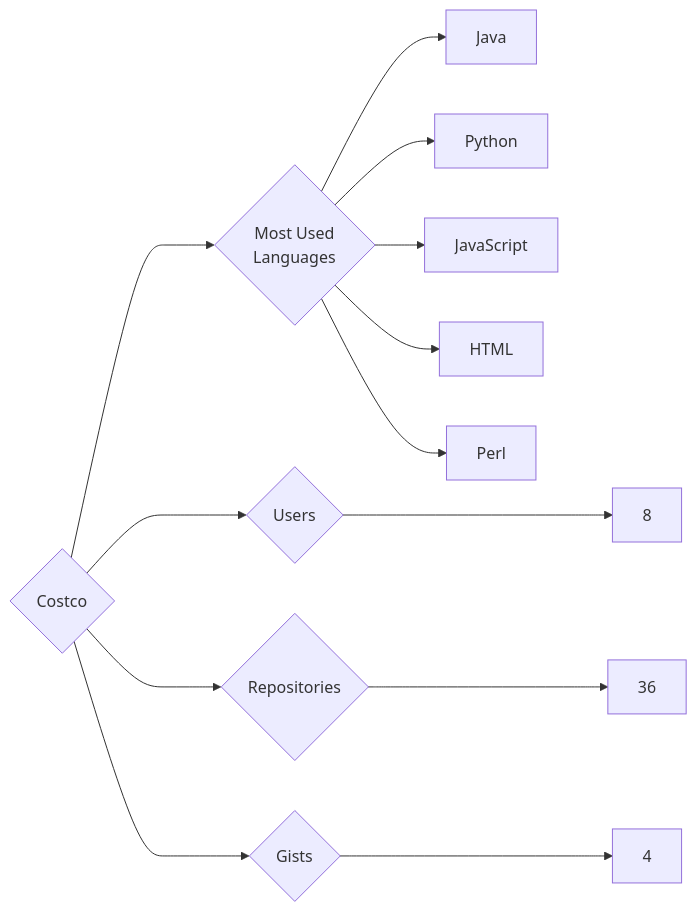
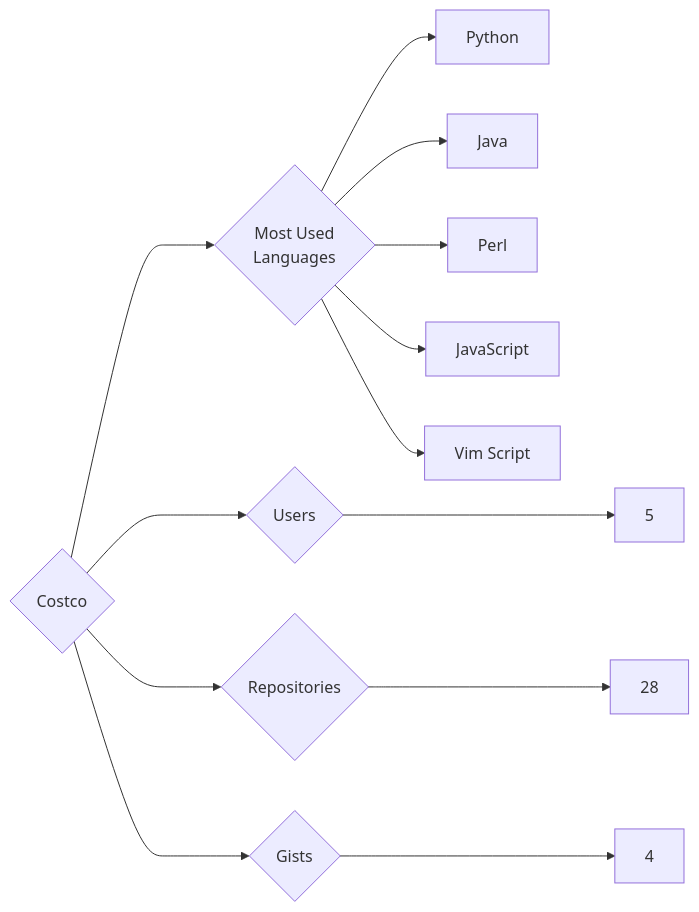
Before and after one commit to trickest/insiders: the diagram in targets/Costco/README.md, drawn with Mermaid. The commit also changed 1036 other files, not shown here.

````diff
--- a/targets/Costco/README.md
+++ b/targets/Costco/README.md
@@ -3,13 +3,13 @@
 ```mermaid
 graph LR
 COMPANY_NAME{Costco}
-COMPANY_NAME ---> U{Users} ---> UN[8]
-COMPANY_NAME ---> R{Repositories} ---> RN[36]
+COMPANY_NAME ---> U{Users} ---> UN[5]
+COMPANY_NAME ---> R{Repositories} ---> RN[28]
 COMPANY_NAME ---> G{Gists} ---> GN[4]
 COMPANY_NAME ---> ML{Most Used<br>Languages}
+ML --> Python[Python]
 ML --> Java[Java]
-ML --> Python[Python]
+ML --> Perl[Perl]
 ML --> JavaScript[JavaScript]
-ML --> HTML[HTML]
-ML --> Perl[Perl]
+ML --> Vim_Script[Vim Script]
 ```
````
